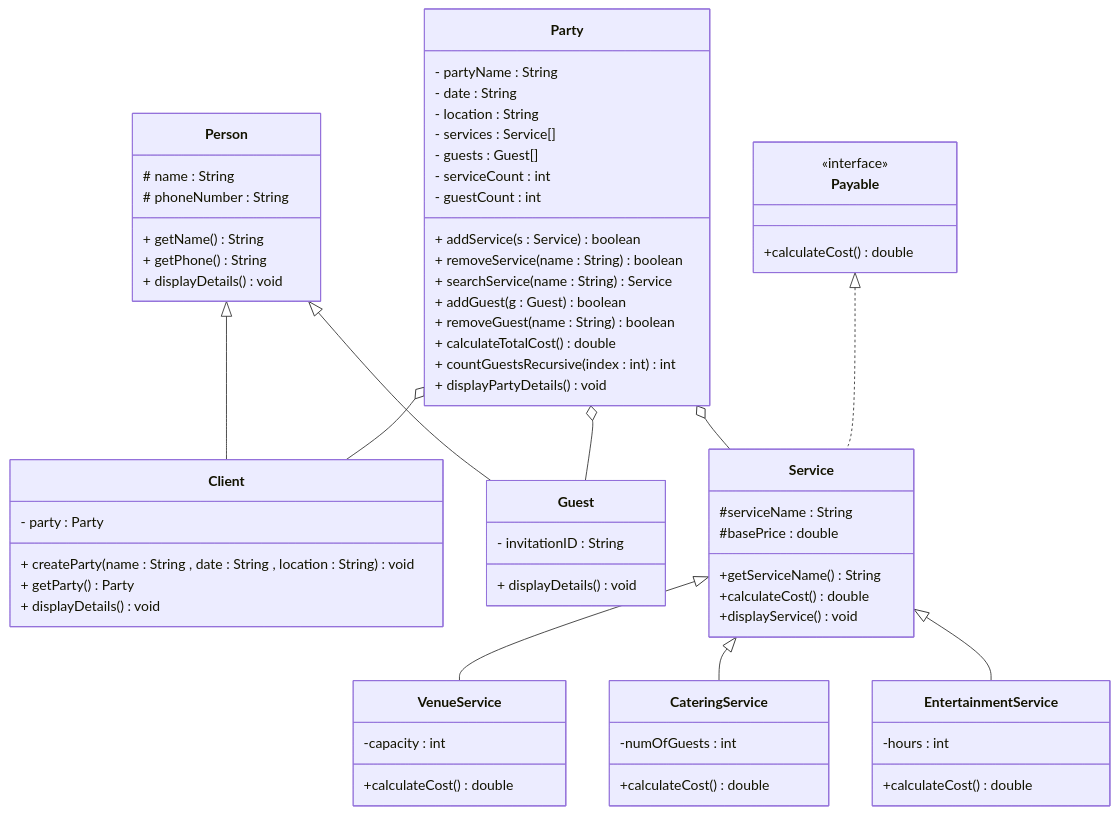
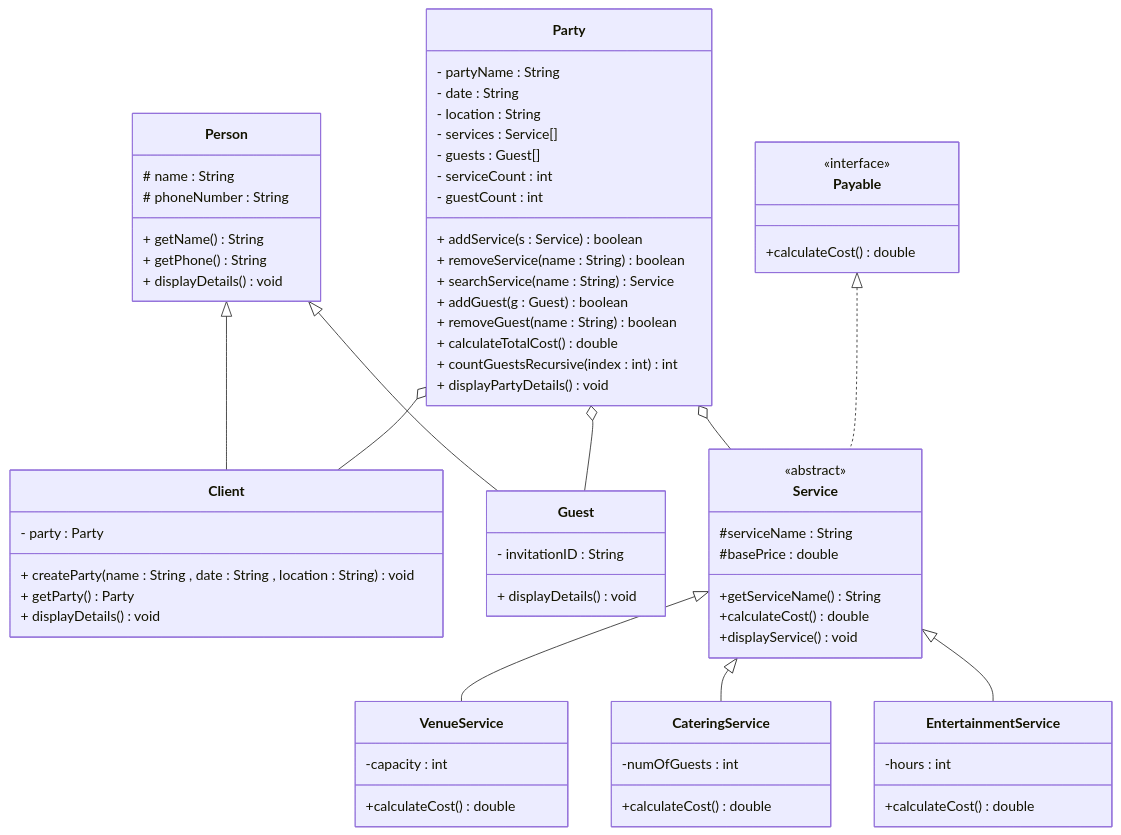
One commit to Aljawharah46/CSC113-project-P1 changed the diagram in README.md. Above: the diagram before and after it, drawn with Mermaid.

```diff
--- a/README.md
+++ b/README.md
@@ -42,6 +42,7 @@
 
 
 class Service {
+<<abstract>>
 #serviceName : String
 #basePrice : double
 +getServiceName()  String
```
